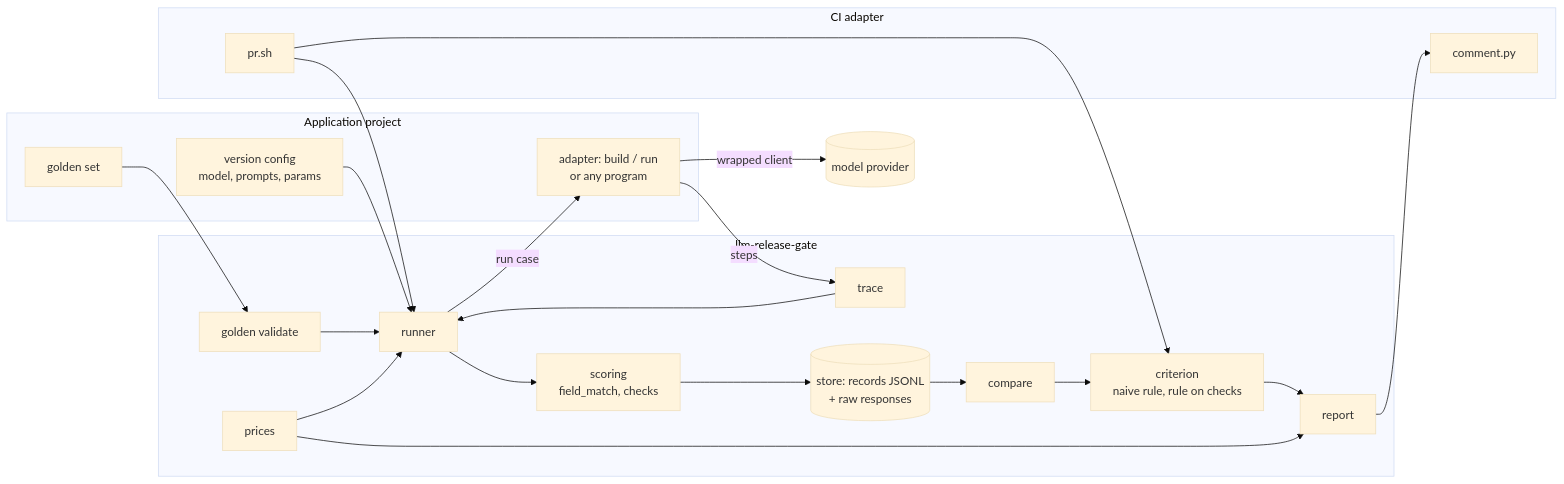
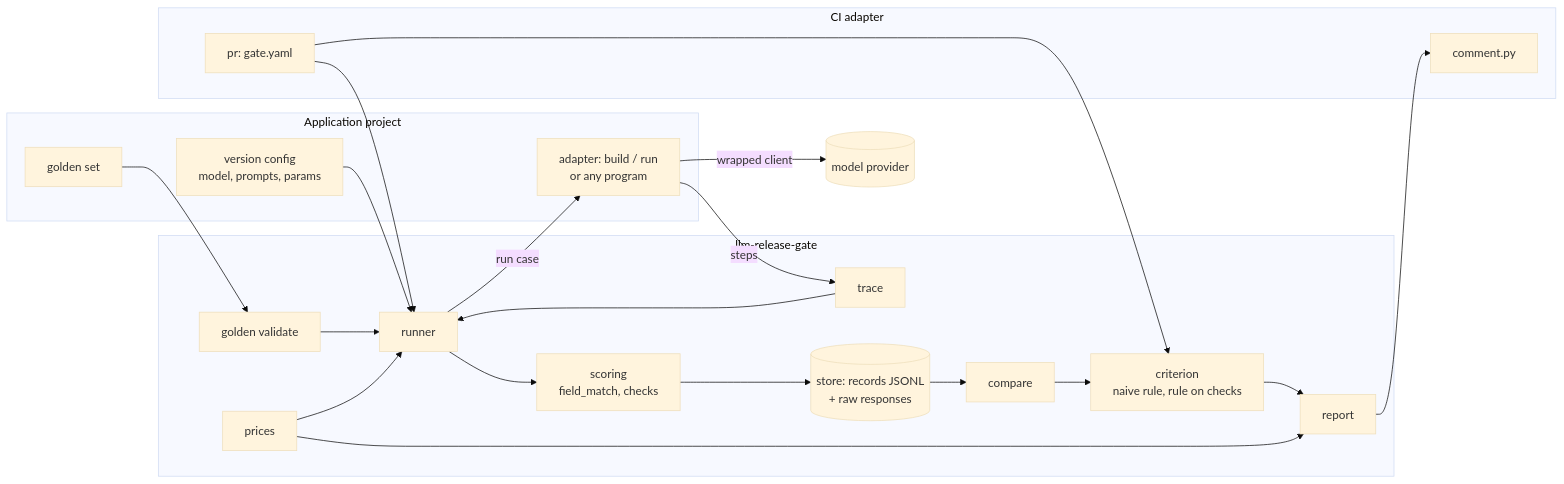
One commit to Ilya-Grigoryev/llm-release-gate changed the first of 2 diagrams in docs/design.md. Above: the diagram before and after it, drawn with Mermaid (base theme). The commit also changed other lines of this file and 1 other file, not shown here.

Commit message:
docs: gate.yaml in the readme and the design

````diff
--- a/docs/design.md
+++ b/docs/design.md
@@ -173,36 +177,36 @@
 ```mermaid
 flowchart LR
     subgraph app[Application project]
         config[version config<br/>model, prompts, params]
         adapter[adapter: build / run<br/>or any program]
         cases[golden set]
     end
     subgraph gate[llm-release-gate]
         validate[golden validate]
         runner[runner]
         trace[trace]
         scoring[scoring<br/>field_match, checks]
         store[(store: records JSONL<br/>+ raw responses)]
         compare[compare]
         criterion[criterion<br/>naive rule, rule on checks]
         prices[prices]
         report[report]
     end
     subgraph ci[CI adapter]
-        gatesh[pr.sh]
+        gatesh[pr: gate.yaml]
         comment[comment.py]
     end
     provider[(model provider)]
     cases --> validate --> runner
     config --> runner
     runner -->|run case| adapter
     adapter -->|wrapped client| provider
     adapter -->|steps| trace --> runner
     runner --> scoring --> store
     store --> compare --> criterion --> report
     prices --> runner
     prices --> report
     gatesh --> runner
     gatesh --> criterion
     report --> comment
 ```
````
